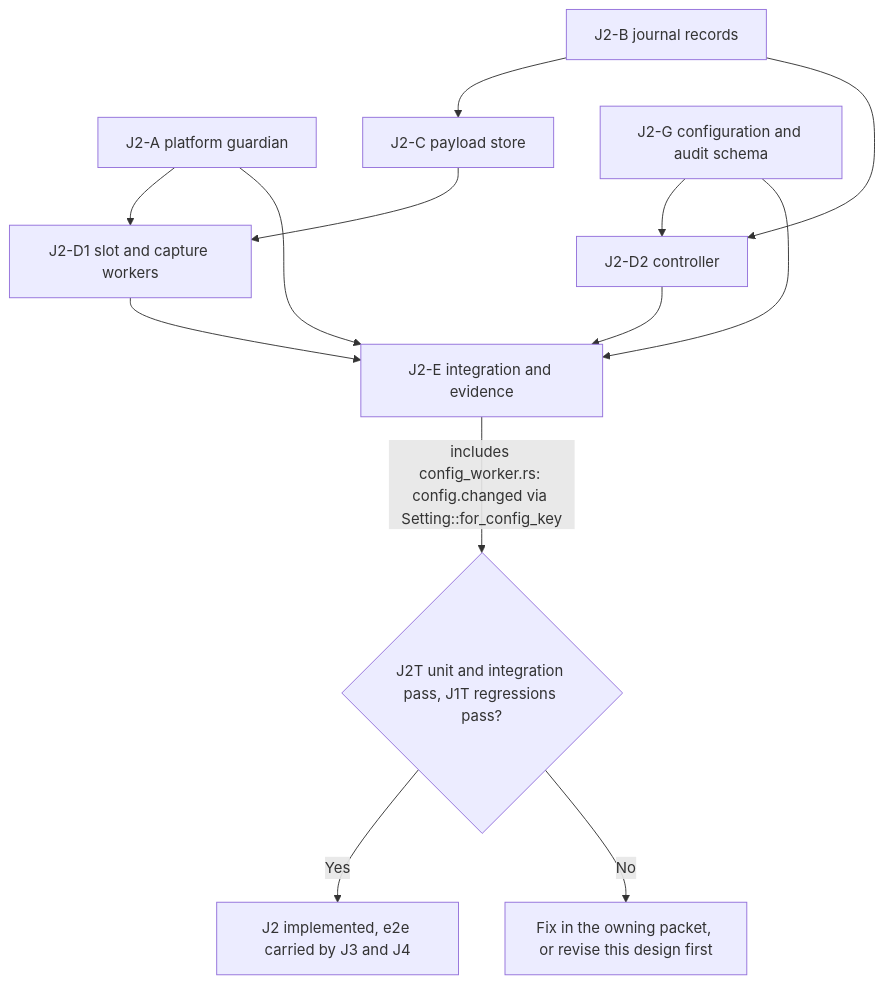
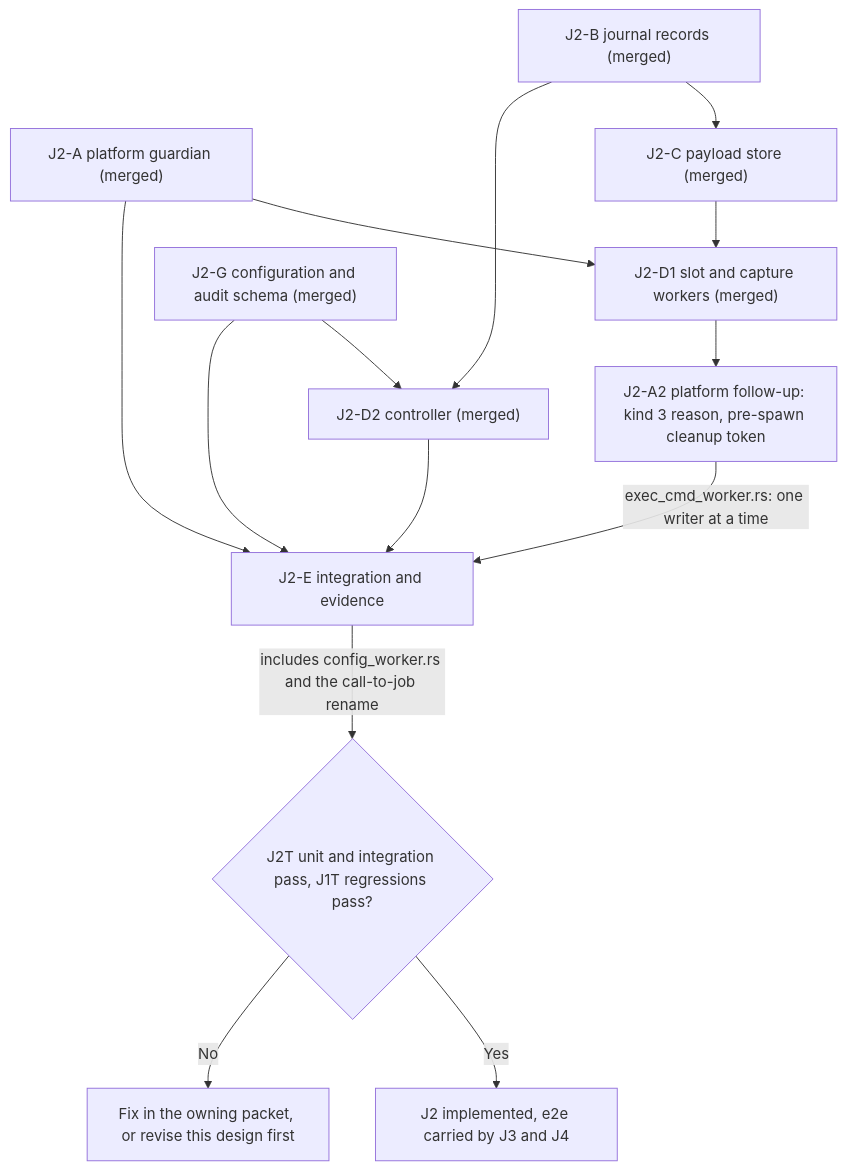
Before and after one commit to pidster/asura: diagram 15 of 23 in docs/designs/tool-job-controller.md, drawn with Mermaid. The commit also changed other lines of this file and 4 other files, not shown here.

````diff
--- a/docs/designs/tool-job-controller.md
+++ b/docs/designs/tool-job-controller.md
@@ -3148,15 +3289,16 @@
 ```mermaid
 flowchart TD
-    A["J2-A platform guardian"] --> D1["J2-D1 slot and capture workers"]
-    B["J2-B journal records"] --> C["J2-C payload store"]
+    A["J2-A platform guardian (merged)"] --> D1["J2-D1 slot and capture workers (merged)"]
+    B["J2-B journal records (merged)"] --> C["J2-C payload store (merged)"]
     C --> D1
-    B --> D2["J2-D2 controller"]
-    G["J2-G configuration and audit schema"] --> D2
-    D1 --> E["J2-E integration and evidence"]
+    B --> D2["J2-D2 controller (merged)"]
+    G["J2-G configuration and audit schema (merged)"] --> D2
+    D1 --> A2["J2-A2 platform follow-up: kind 3 reason, pre-spawn cleanup token"]
+    A2 -->|"exec_cmd_worker.rs: one writer at a time"| E["J2-E integration and evidence"]
     D2 --> E
     A --> E
     G --> E
-    E -->|"includes config_worker.rs: config.changed via Setting::for_config_key"| Gate{"J2T unit and integration pass, J1T regressions pass?"}
+    E -->|"includes config_worker.rs and the call-to-job rename"| Gate{"J2T unit and integration pass, J1T regressions pass?"}
     Gate -->|Yes| Done["J2 implemented, e2e carried by J3 and J4"]
     Gate -->|No| Fix["Fix in the owning packet, or revise this design first"]
 ```
````
